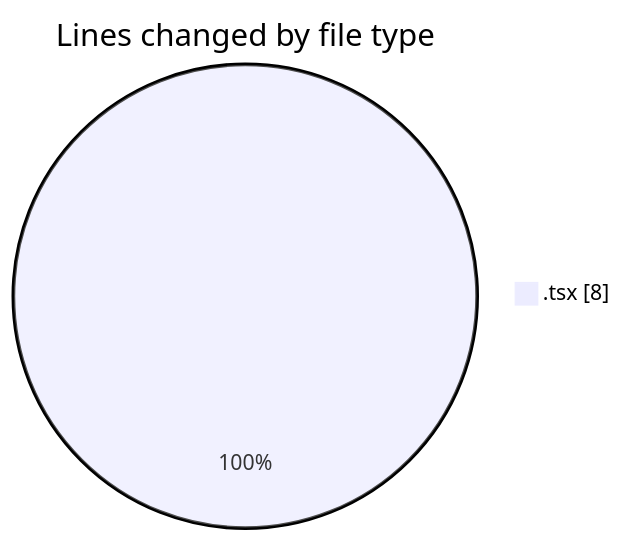
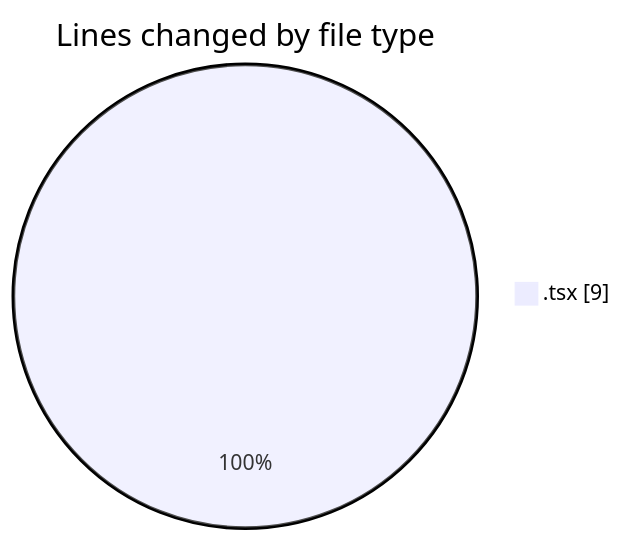
Before and after one commit to nxtqubesakshisongat/code-tracking: the first of 2 diagrams in 2026-06-12/nxtqube_webapp/README.md, drawn with Mermaid. The commit also changed other lines of this file and 1 other file, not shown here.

````diff
--- a/2026-06-12/nxtqube_webapp/README.md
+++ b/2026-06-12/nxtqube_webapp/README.md
@@ -20,5 +20,5 @@
 ```mermaid
 pie showData
 title Lines changed by file type
-".tsx" : 8
+".tsx" : 9
 ```
````
